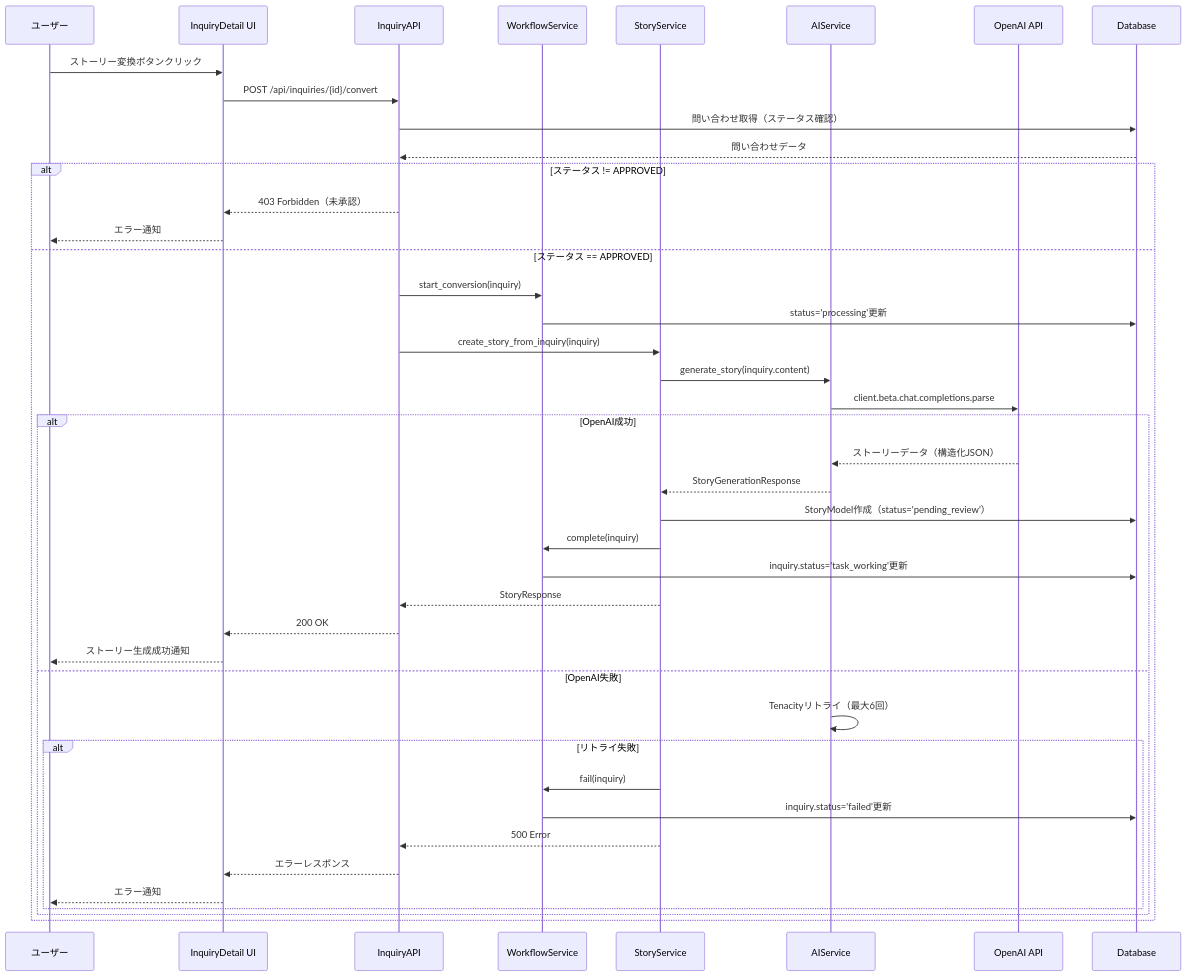
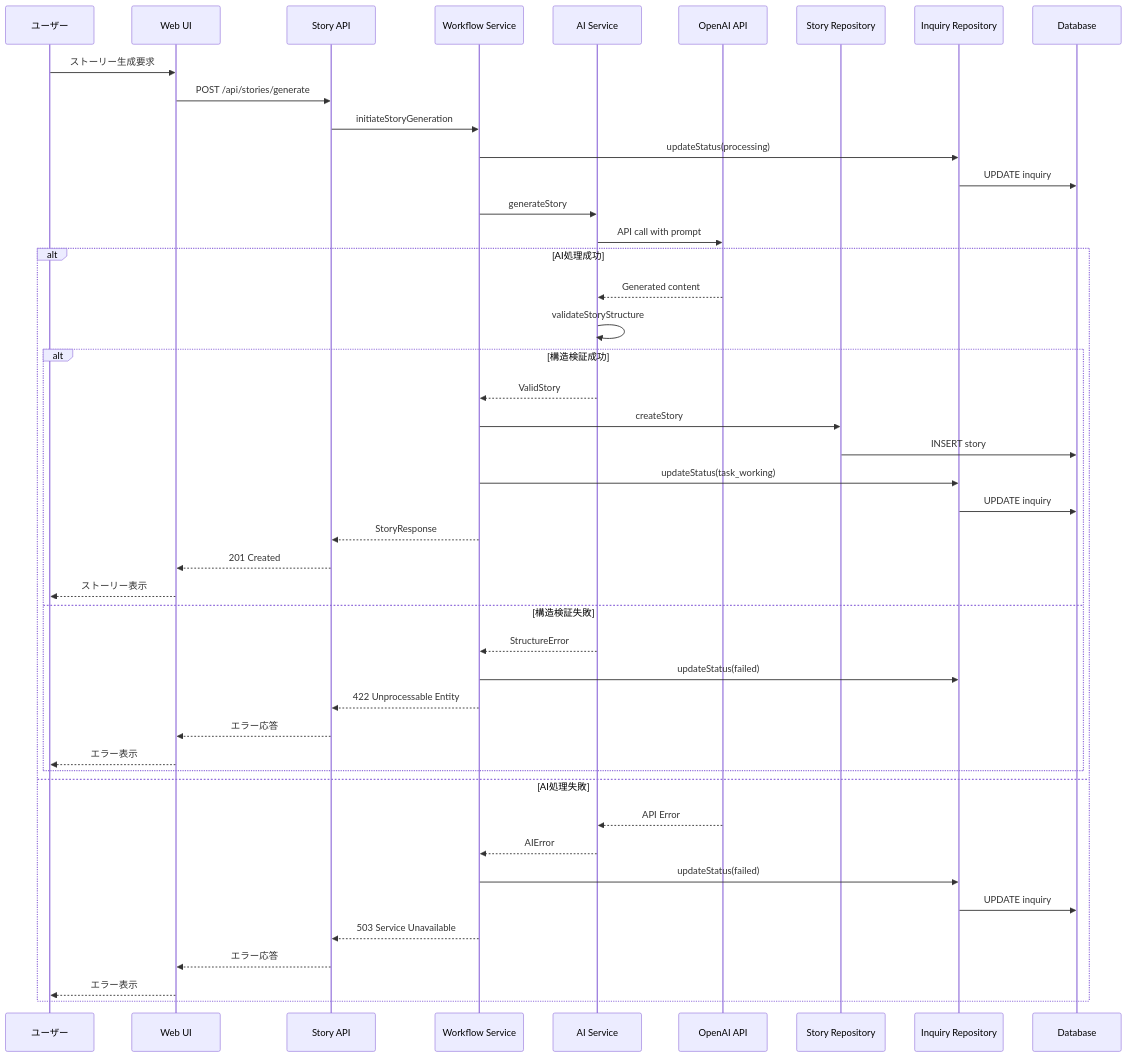
The third of 5 diagrams in .kiro/specs/storyboard/design.md (ohr486/ghost-squad), drawn with Mermaid before and after one commit. The commit also changed other lines of this file and 1 other file, not shown here.

````diff
--- a/.kiro/specs/storyboard/design.md
+++ b/.kiro/specs/storyboard/design.md
@@ -191,48 +174,52 @@
 ```mermaid
 sequenceDiagram
     participant User as ユーザー
-    participant UI as InquiryDetail UI
-    participant API as InquiryAPI
-    participant WF as WorkflowService
-    participant SS as StoryService
-    participant AI as AIService
+    participant UI as Web UI
+    participant API as Story API
+    participant Workflow as Workflow Service
+    participant AI as AI Service
     participant OpenAI as OpenAI API
+    participant Repo as Story Repository
+    participant InqRepo as Inquiry Repository
     participant DB as Database
 
-    User->>UI: ストーリー変換ボタンクリック
-    UI->>API: POST /api/inquiries/{id}/convert
+    User->>UI: ストーリー生成要求
+    UI->>API: POST /api/stories/generate
+    API->>Workflow: initiateStoryGeneration
 
-    API->>DB: 問い合わせ取得（ステータス確認）
-    DB-->>API: 問い合わせデータ
-    alt ステータス != APPROVED
-        API-->>UI: 403 Forbidden（未承認）
-        UI-->>User: エラー通知
-    else ステータス == APPROVED
-        API->>WF: start_conversion(inquiry)
-        WF->>DB: status='processing'更新
+    Workflow->>InqRepo: updateStatus(processing)
+    InqRepo->>DB: UPDATE inquiry
 
-        API->>SS: create_story_from_inquiry(inquiry)
-        SS->>AI: generate_story(inquiry.content)
-        AI->>OpenAI: client.beta.chat.completions.parse
+    Workflow->>AI: generateStory
+    AI->>OpenAI: API call with prompt
 
-        alt OpenAI成功
-            OpenAI-->>AI: ストーリーデータ（構造化JSON）
-            AI-->>SS: StoryGenerationResponse
-            SS->>DB: StoryModel作成（status='pending_review'）
-            SS->>WF: complete(inquiry)
-            WF->>DB: inquiry.status='task_working'更新
-            SS-->>API: StoryResponse
-            API-->>UI: 200 OK
-            UI-->>User: ストーリー生成成功通知
-        else OpenAI失敗
-            AI->>AI: Tenacityリトライ（最大6回）
-            alt リトライ失敗
-                SS->>WF: fail(inquiry)
-                WF->>DB: inquiry.status='failed'更新
-                SS-->>API: 500 Error
-                API-->>UI: エラーレスポンス
-                UI-->>User: エラー通知
-            end
+    alt AI処理成功
+        OpenAI-->>AI: Generated content
+        AI->>AI: validateStoryStructure
+
+        alt 構造検証成功
+            AI-->>Workflow: ValidStory
+            Workflow->>Repo: createStory
+            Repo->>DB: INSERT story
+            Workflow->>InqRepo: updateStatus(task_working)
+            InqRepo->>DB: UPDATE inquiry
+            Workflow-->>API: StoryResponse
+            API-->>UI: 201 Created
+            UI-->>User: ストーリー表示
+        else 構造検証失敗
+            AI-->>Workflow: StructureError
+            Workflow->>InqRepo: updateStatus(failed)
+            Workflow-->>API: 422 Unprocessable Entity
+            API-->>UI: エラー応答
+            UI-->>User: エラー表示
         end
+    else AI処理失敗
+        OpenAI-->>AI: API Error
+        AI-->>Workflow: AIError
+        Workflow->>InqRepo: updateStatus(failed)
+        InqRepo->>DB: UPDATE inquiry
+        Workflow-->>API: 503 Service Unavailable
+        API-->>UI: エラー応答
+        UI-->>User: エラー表示
     end
 ```
````
